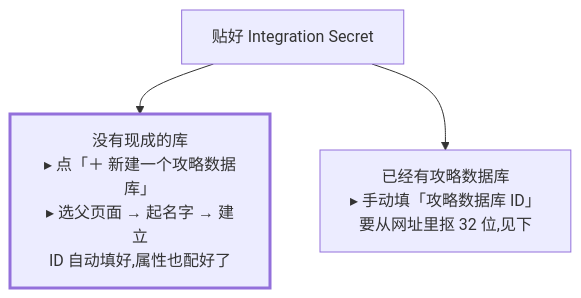
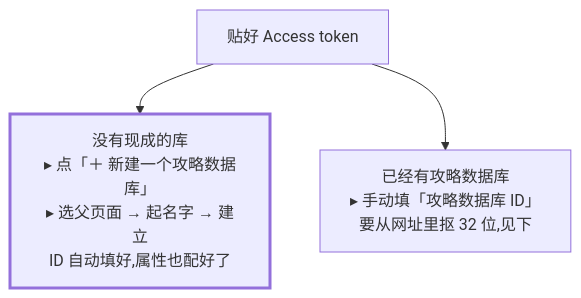
The second of 2 diagrams in docs/notion-setup.md (LethalKebab/steam-achievement-tracker), drawn with Mermaid before and after one commit. The commit also changed other lines of this file and 13 other files, not shown here.

````diff
--- a/docs/notion-setup.md
+++ b/docs/notion-setup.md
@@ -68,6 +70,6 @@
 ```mermaid
 flowchart TD
-    S["贴好 Integration Secret"] --> L["没有现成的库<br/>▸ 点「＋ 新建一个攻略数据库」<br/>▸ 选父页面 → 起名字 → 建立<br/>ID 自动填好,属性也配好了"]
+    S["贴好 Access token"] --> L["没有现成的库<br/>▸ 点「＋ 新建一个攻略数据库」<br/>▸ 选父页面 → 起名字 → 建立<br/>ID 自动填好,属性也配好了"]
     S --> R["已经有攻略数据库<br/>▸ 手动填「攻略数据库 ID」<br/>要从网址里抠 32 位,见下"]
     style L stroke-width:3px
 ```
````
